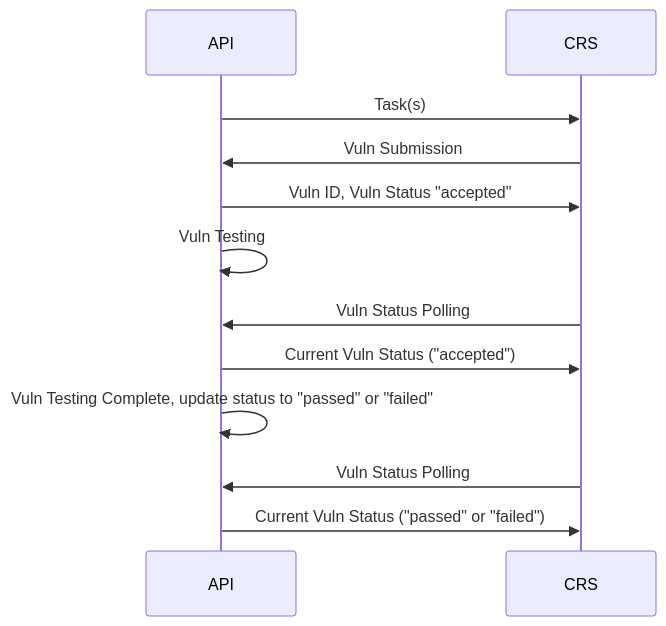
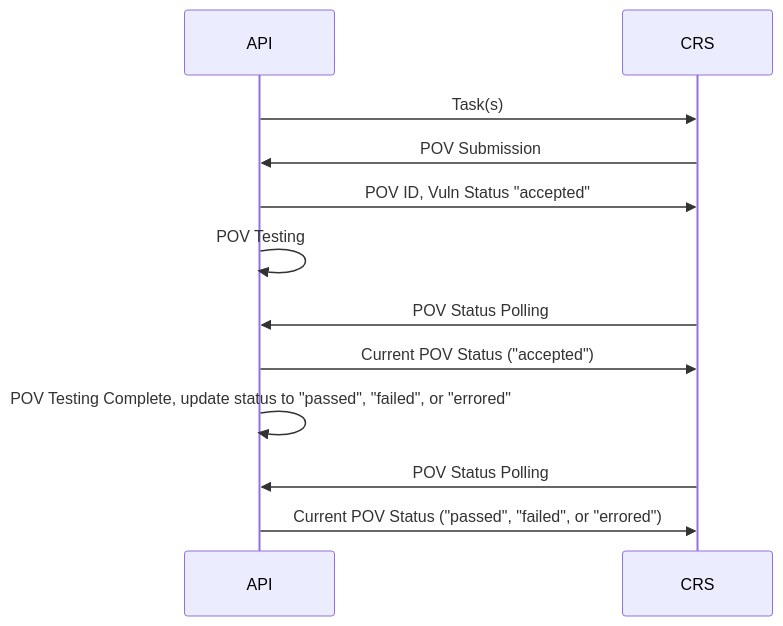
One commit to AIxCyberChallenge/example-crs-architecture changed the first of 5 diagrams in docs/api/README.md. Above: the diagram before and after it, drawn with Mermaid. The commit also changed other lines of this file and 5 other files, not shown here.

````diff
--- a/docs/api/README.md
+++ b/docs/api/README.md
@@ -52,14 +52,14 @@
 ```mermaid
 sequenceDiagram
-    accTitle: CRS Vuln Submission Workflow
+    accTitle: CRS POV Submission Workflow
 
     API->>CRS: Task(s)
-    CRS->>API: Vuln Submission
-    API->>CRS: Vuln ID, Vuln Status "accepted"
-    API->>API: Vuln Testing
-    CRS->>API: Vuln Status Polling
-    API->>CRS: Current Vuln Status ("accepted")
-    API->>API: Vuln Testing Complete, update status to "passed" or "failed"
-    CRS->>API: Vuln Status Polling
-    API->>CRS: Current Vuln Status ("passed" or "failed")
+    CRS->>API: POV Submission
+    API->>CRS: POV ID, Vuln Status "accepted"
+    API->>API: POV Testing
+    CRS->>API: POV Status Polling
+    API->>CRS: Current POV Status ("accepted")
+    API->>API: POV Testing Complete, update status to "passed", "failed", or "errored"
+    CRS->>API: POV Status Polling
+    API->>CRS: Current POV Status ("passed", "failed", or "errored")
 ```
````
